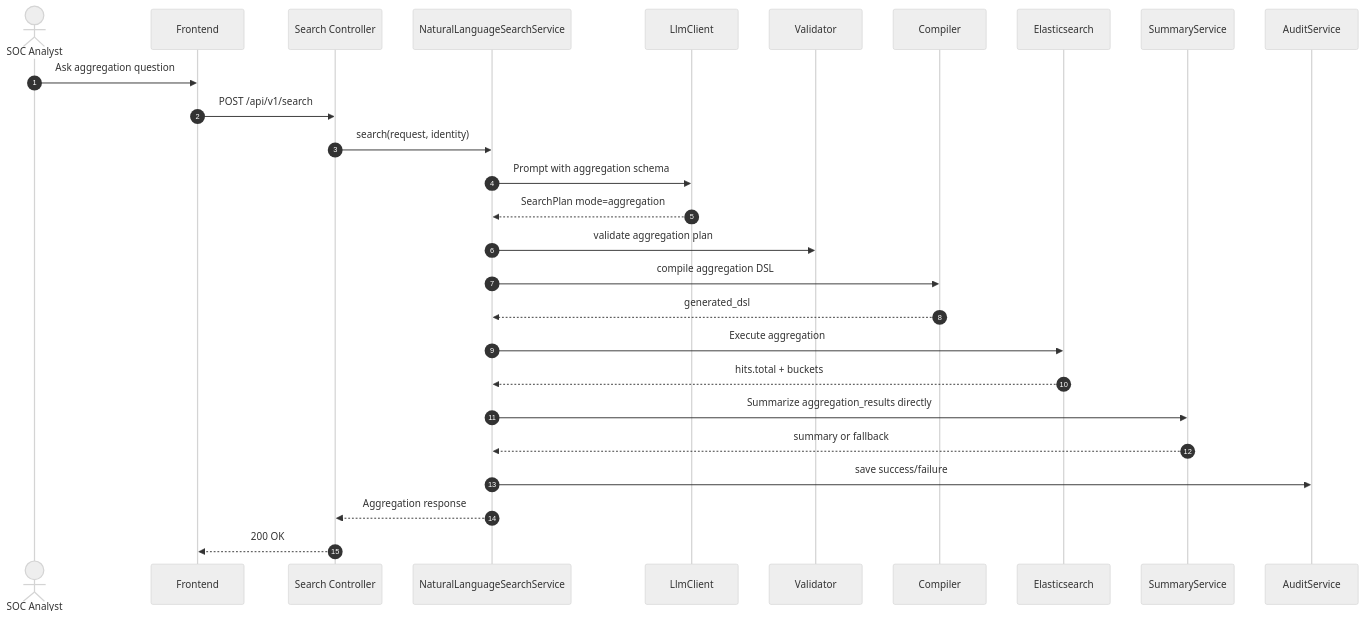
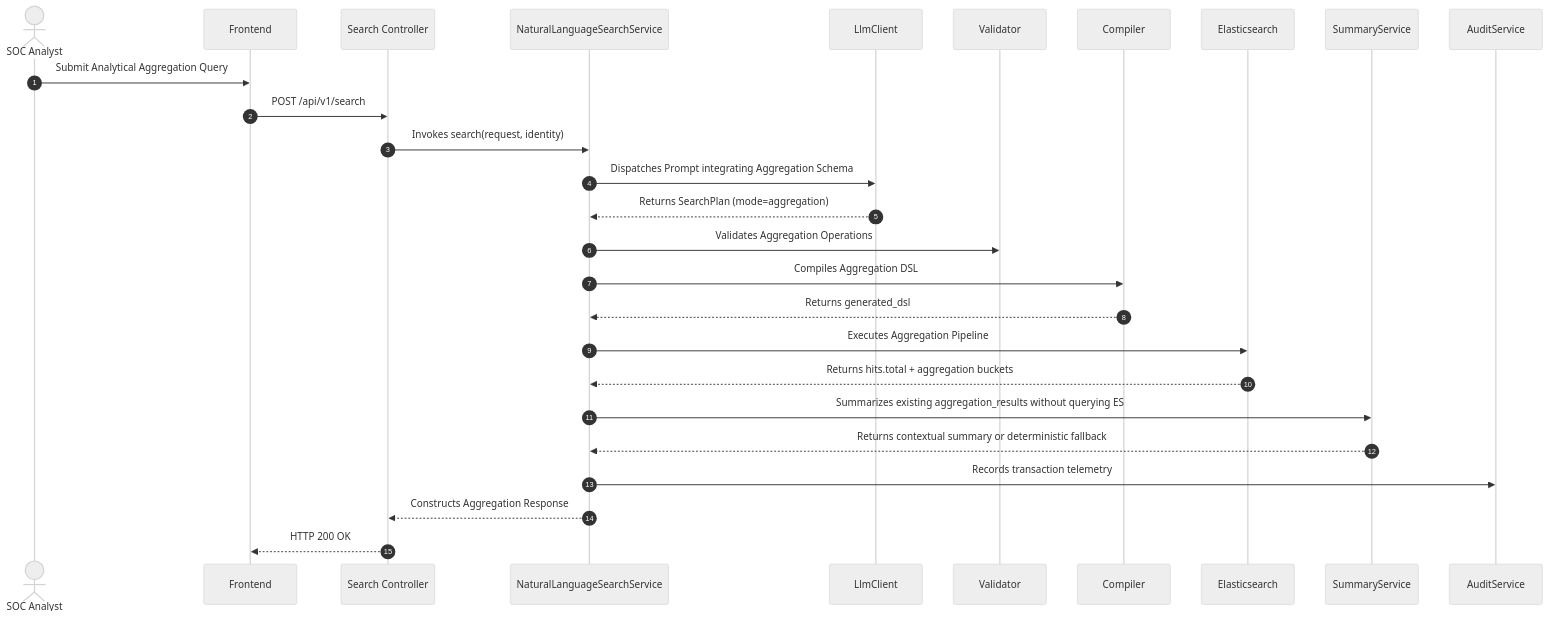
Before and after one commit to PhamVanMinhBinhThuan/soc-ai-search: the fourth of 9 diagrams in docs/sequence-flow.md, drawn with Mermaid (neutral theme). The commit also changed other lines of this file and 7 other files, not shown here.

````diff
--- a/docs/sequence-flow.md
+++ b/docs/sequence-flow.md
@@ -132,30 +152,30 @@
 ```mermaid
 sequenceDiagram
     autonumber
     actor User as SOC Analyst
     participant FE as Frontend
     participant API as Search Controller
     participant NL as NaturalLanguageSearchService
     participant LLM as LlmClient
     participant Guard as Validator
     participant Compiler as Compiler
     participant ES as Elasticsearch
     participant Summary as SummaryService
     participant Audit as AuditService
 
-    User->>FE: Ask aggregation question
+    User->>FE: Submit Analytical Aggregation Query
     FE->>API: POST /api/v1/search
-    API->>NL: search(request, identity)
-    NL->>LLM: Prompt with aggregation schema
-    LLM-->>NL: SearchPlan mode=aggregation
-    NL->>Guard: validate aggregation plan
-    NL->>Compiler: compile aggregation DSL
-    Compiler-->>NL: generated_dsl
-    NL->>ES: Execute aggregation
-    ES-->>NL: hits.total + buckets
-    NL->>Summary: Summarize aggregation_results directly
-    Summary-->>NL: summary or fallback
-    NL->>Audit: save success/failure
-    NL-->>API: Aggregation response
-    API-->>FE: 200 OK
+    API->>NL: Invokes search(request, identity)
+    NL->>LLM: Dispatches Prompt integrating Aggregation Schema
+    LLM-->>NL: Returns SearchPlan (mode=aggregation)
+    NL->>Guard: Validates Aggregation Operations
+    NL->>Compiler: Compiles Aggregation DSL
+    Compiler-->>NL: Returns generated_dsl
+    NL->>ES: Executes Aggregation Pipeline
+    ES-->>NL: Returns hits.total + aggregation buckets
+    NL->>Summary: Summarizes existing aggregation_results without querying ES
+    Summary-->>NL: Returns contextual summary or deterministic fallback
+    NL->>Audit: Records transaction telemetry
+    NL-->>API: Constructs Aggregation Response
+    API-->>FE: HTTP 200 OK
 ```
````
